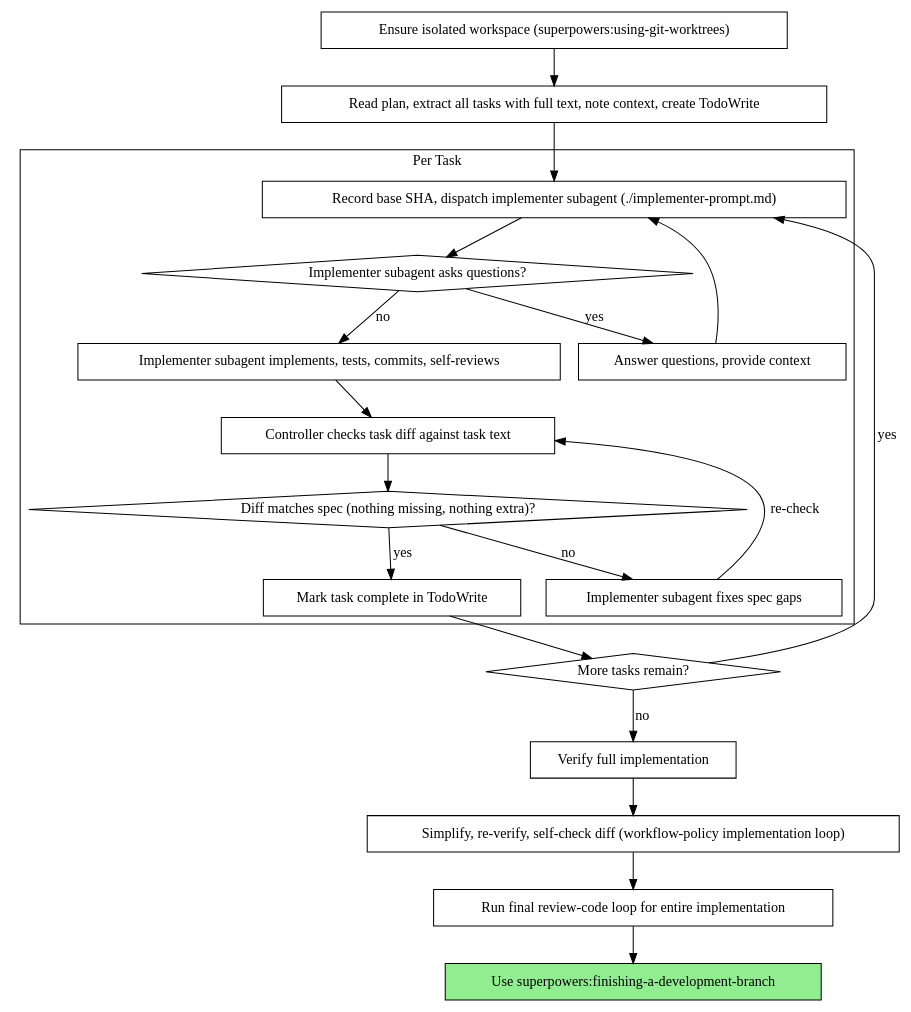
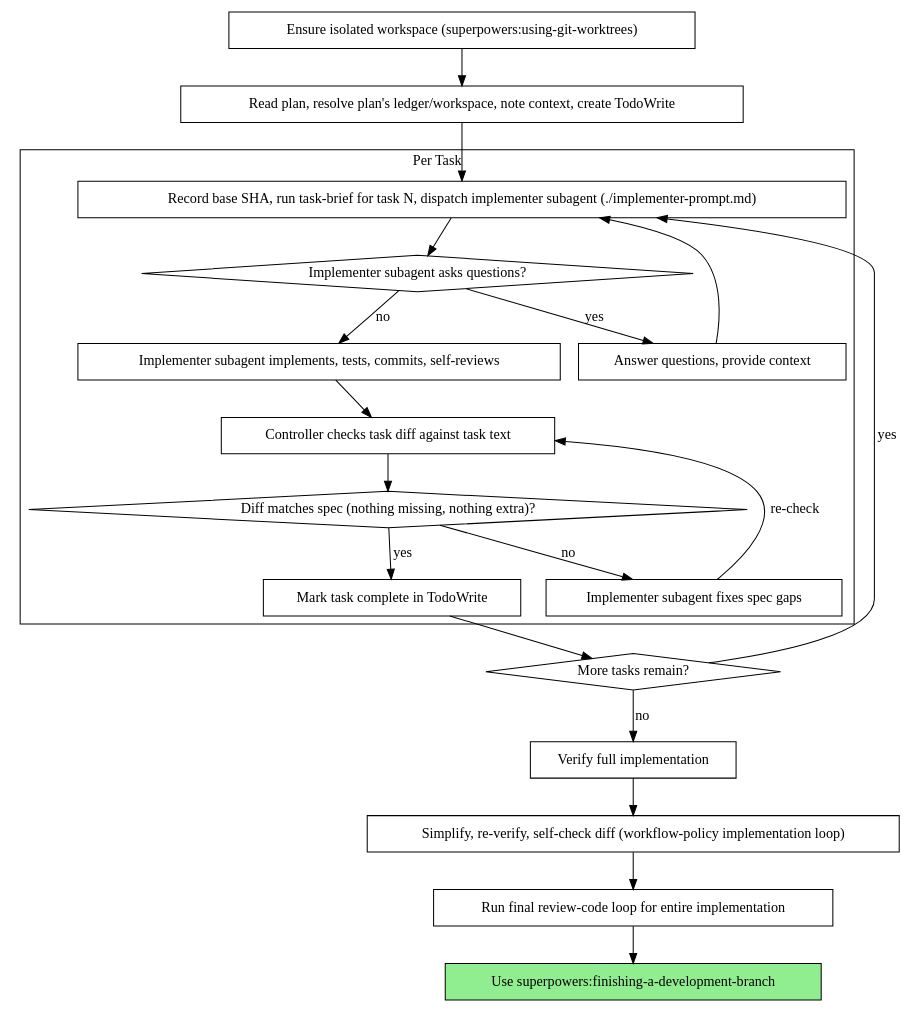
Before and after one commit to henrybzhang/superpowers-local: the second of 2 diagrams in skills/subagent-driven-development/SKILL.md, drawn with Graphviz. The commit also changed other lines of this file and 3 other files, not shown here.

First line of the commit message:
feat(subagent-driven-development): scope ledger per plan, deliver task text via brief file

````diff
--- a/skills/subagent-driven-development/SKILL.md
+++ b/skills/subagent-driven-development/SKILL.md
@@ -51,44 +51,44 @@
 ```dot
 digraph process {
     rankdir=TB;
 
     "Ensure isolated workspace (superpowers:using-git-worktrees)" [shape=box];
 
     subgraph cluster_per_task {
         label="Per Task";
-        "Record base SHA, dispatch implementer subagent (./implementer-prompt.md)" [shape=box];
+        "Record base SHA, run task-brief for task N, dispatch implementer subagent (./implementer-prompt.md)" [shape=box];
         "Implementer subagent asks questions?" [shape=diamond];
         "Answer questions, provide context" [shape=box];
         "Implementer subagent implements, tests, commits, self-reviews" [shape=box];
         "Controller checks task diff against task text" [shape=box];
         "Diff matches spec (nothing missing, nothing extra)?" [shape=diamond];
         "Implementer subagent fixes spec gaps" [shape=box];
         "Mark task complete in TodoWrite" [shape=box];
     }
 
-    "Read plan, extract all tasks with full text, note context, create TodoWrite" [shape=box];
+    "Read plan, resolve plan's ledger/workspace, note context, create TodoWrite" [shape=box];
     "More tasks remain?" [shape=diamond];
     "Verify full implementation" [shape=box];
     "Simplify, re-verify, self-check diff (workflow-policy implementation loop)" [shape=box];
     "Run final review-code loop for entire implementation" [shape=box];
     "Use superpowers:finishing-a-development-branch" [shape=box style=filled fillcolor=lightgreen];
 
-    "Ensure isolated workspace (superpowers:using-git-worktrees)" -> "Read plan, extract all tasks with full text, note context, create TodoWrite";
-    "Read plan, extract all tasks with full text, note context, create TodoWrite" -> "Record base SHA, dispatch implementer subagent (./implementer-prompt.md)";
-    "Record base SHA, dispatch implementer subagent (./implementer-prompt.md)" -> "Implementer subagent asks questions?";
+    "Ensure isolated workspace (superpowers:using-git-worktrees)" -> "Read plan, resolve plan's ledger/workspace, note context, create TodoWrite";
+    "Read plan, resolve plan's ledger/workspace, note context, create TodoWrite" -> "Record base SHA, run task-brief for task N, dispatch implementer subagent (./implementer-prompt.md)";
+    "Record base SHA, run task-brief for task N, dispatch implementer subagent (./implementer-prompt.md)" -> "Implementer subagent asks questions?";
     "Implementer subagent asks questions?" -> "Answer questions, provide context" [label="yes"];
-    "Answer questions, provide context" -> "Record base SHA, dispatch implementer subagent (./implementer-prompt.md)";
+    "Answer questions, provide context" -> "Record base SHA, run task-brief for task N, dispatch implementer subagent (./implementer-prompt.md)";
     "Implementer subagent asks questions?" -> "Implementer subagent implements, tests, commits, self-reviews" [label="no"];
     "Implementer subagent implements, tests, commits, self-reviews" -> "Controller checks task diff against task text";
     "Controller checks task diff against task text" -> "Diff matches spec (nothing missing, nothing extra)?";
     "Diff matches spec (nothing missing, nothing extra)?" -> "Implementer subagent fixes spec gaps" [label="no"];
     "Implementer subagent fixes spec gaps" -> "Controller checks task diff against task text" [label="re-check"];
     "Diff matches spec (nothing missing, nothing extra)?" -> "Mark task complete in TodoWrite" [label="yes"];
     "Mark task complete in TodoWrite" -> "More tasks remain?";
-    "More tasks remain?" -> "Record base SHA, dispatch implementer subagent (./implementer-prompt.md)" [label="yes"];
+    "More tasks remain?" -> "Record base SHA, run task-brief for task N, dispatch implementer subagent (./implementer-prompt.md)" [label="yes"];
     "More tasks remain?" -> "Verify full implementation" [label="no"];
     "Verify full implementation" -> "Simplify, re-verify, self-check diff (workflow-policy implementation loop)";
     "Simplify, re-verify, self-check diff (workflow-policy implementation loop)" -> "Run final review-code loop for entire implementation";
     "Run final review-code loop for entire implementation" -> "Use superpowers:finishing-a-development-branch";
 }
 ```
````
